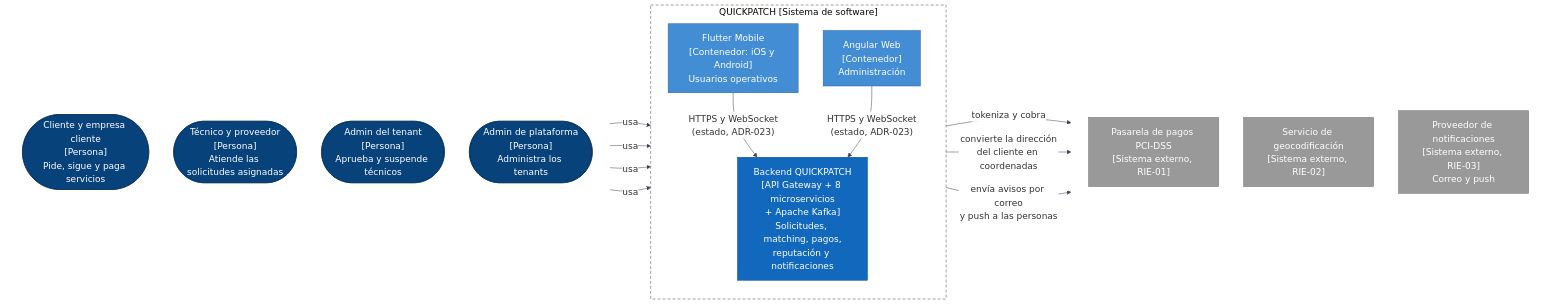
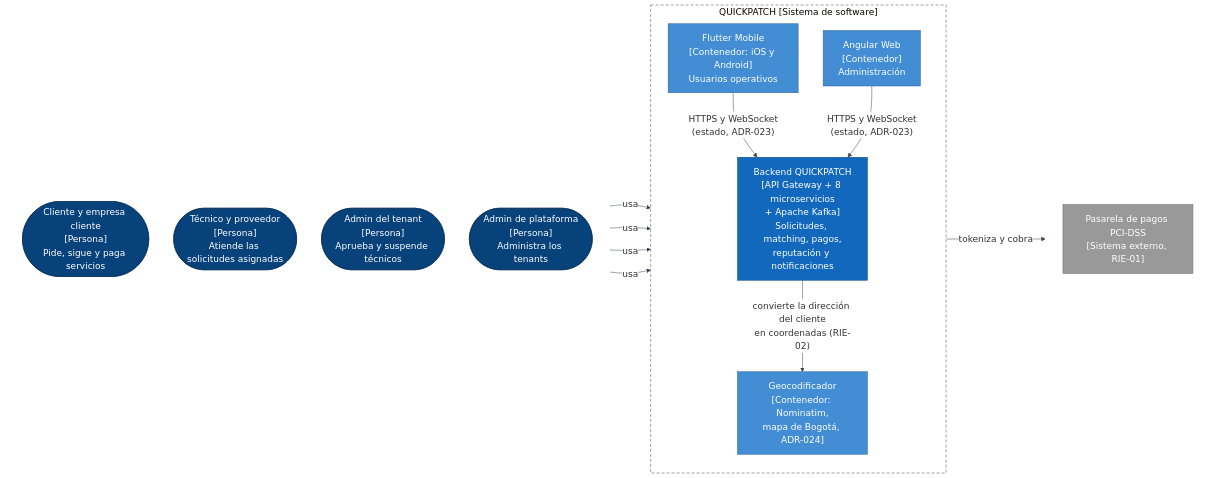
One commit to ARQUI-202630/quickpatch changed the first of 4 diagrams in docs/architecture/SAD.md. Above: the diagram before and after it, drawn with Mermaid. The commit also changed other lines of this file and 4 other files, not shown here.

````diff
--- a/docs/architecture/SAD.md
+++ b/docs/architecture/SAD.md
@@ -886,47 +886,45 @@
 ```mermaid
 %%{init: {'theme':'base','themeVariables':{'lineColor':'#374151','textColor':'#111827','edgeLabelBackground':'#ffffff','fontSize':'18px'}}}%%
 flowchart LR
     subgraph PER[" "]
         direction TB
         P1(["Cliente y empresa cliente<br/>[Persona]<br/>Pide, sigue y paga servicios"])
         P2(["Técnico y proveedor<br/>[Persona]<br/>Atiende las solicitudes asignadas"])
         P3(["Admin del tenant<br/>[Persona]<br/>Aprueba y suspende técnicos"])
         P4(["Admin de plataforma<br/>[Persona]<br/>Administra los tenants"])
     end
 
     subgraph SIS["QUICKPATCH [Sistema de software]"]
         direction TB
         MOB["Flutter Mobile<br/>[Contenedor: iOS y Android]<br/>Usuarios operativos"]
         WEB["Angular Web<br/>[Contenedor]<br/>Administración"]
         CORE["Backend QUICKPATCH<br/>[API Gateway + 8 microservicios<br/>+ Apache Kafka]<br/>Solicitudes, matching, pagos,<br/>reputación y notificaciones"]
+        GEO["Geocodificador<br/>[Contenedor: Nominatim,<br/>mapa de Bogotá, ADR-024]"]
     end
 
     subgraph EXT[" "]
         direction TB
         PAY["Pasarela de pagos PCI-DSS<br/>[Sistema externo, RIE-01]"]
-        MAPS["Servicio de geocodificación<br/>[Sistema externo, RIE-02]"]
-        NOTI["Proveedor de notificaciones<br/>[Sistema externo, RIE-03]<br/>Correo y push"]
     end
 
     P1 -->|"usa"| MOB
     P2 -->|"usa"| MOB
     P3 -->|"usa"| WEB
     P4 -->|"usa"| WEB
     MOB -->|"HTTPS y WebSocket<br/>(estado, ADR-023)"| CORE
     WEB -->|"HTTPS y WebSocket<br/>(estado, ADR-023)"| CORE
     CORE -->|"tokeniza y cobra"| PAY
-    MOB -->|"convierte la dirección<br/>del cliente en coordenadas"| MAPS
-    CORE -->|"envía avisos por correo<br/>y push a las personas"| NOTI
+    CORE -->|"convierte la dirección del cliente<br/>en coordenadas (RIE-02)"| GEO
 
     classDef persona fill:#08427b,stroke:#052e56,color:#ffffff
     classDef contenedor fill:#438dd5,stroke:#2e6295,color:#ffffff
     classDef sistema fill:#1168bd,stroke:#0b4884,color:#ffffff
     classDef externo fill:#999999,stroke:#6b6b6b,color:#ffffff
     class P1,P2,P3,P4 persona
-    class MOB,WEB contenedor
+    class MOB,WEB,GEO contenedor
     class CORE sistema
-    class PAY,MAPS,NOTI externo
+    class PAY externo
     style PER fill:#ffffff,stroke:#ffffff
     style EXT fill:#ffffff,stroke:#ffffff
     style SIS fill:#ffffff,stroke:#444444,stroke-dasharray:6 4
 ```
````
